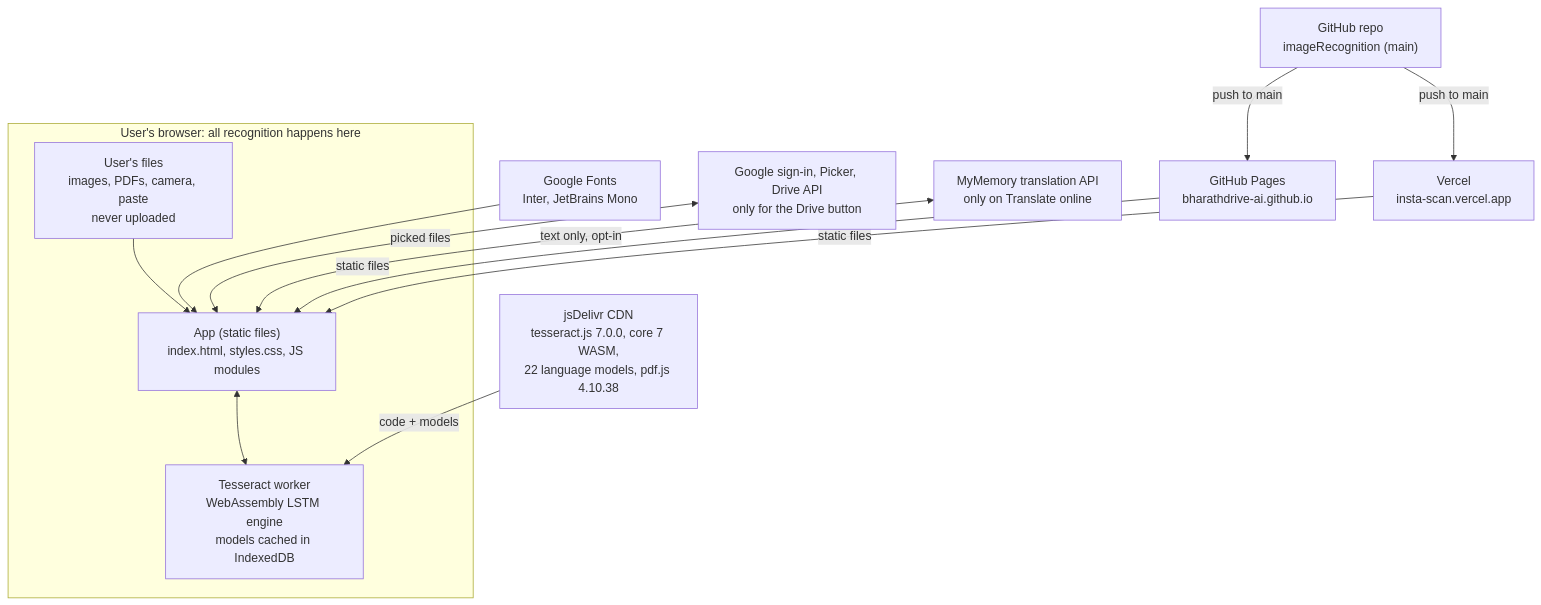
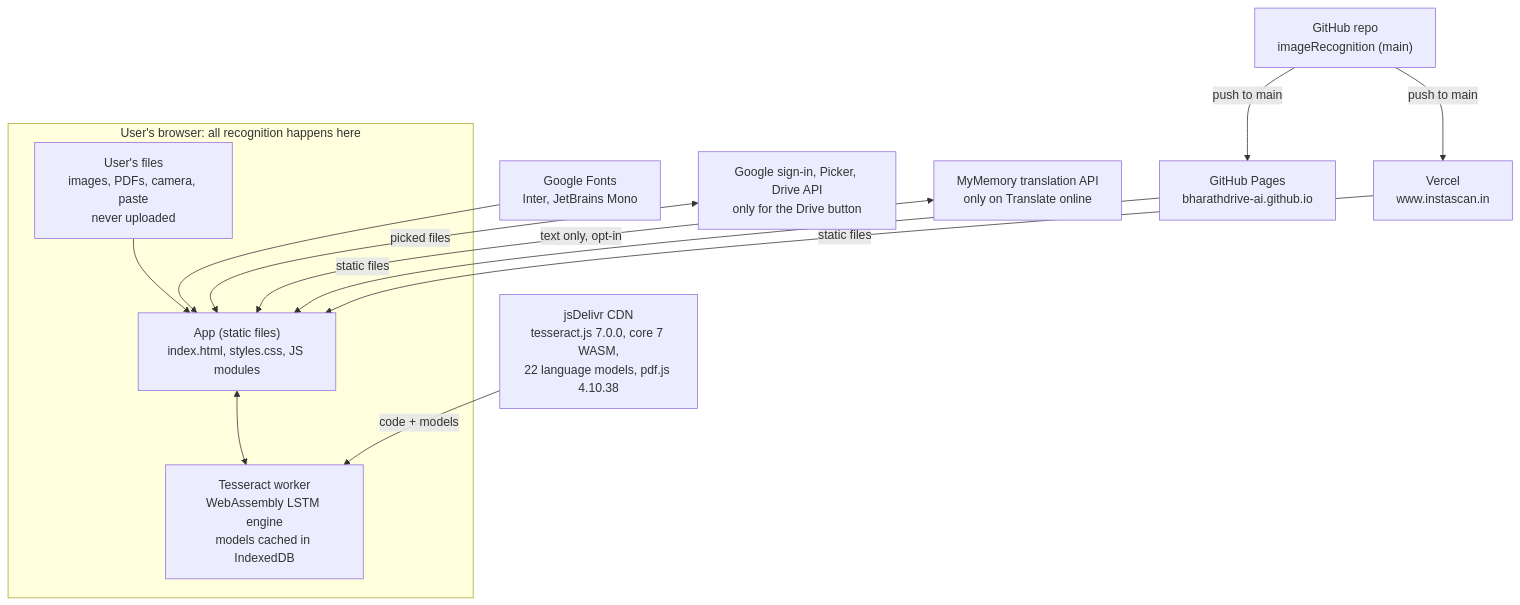
Before and after one commit to bharathdrive-ai/imageRecognition: the first of 3 diagrams in ARCHITECTURE.md, drawn with Mermaid. The commit also changed other lines of this file and 1 other file, not shown here.

Commit message:
docs: custom domain www.instascan.in (README, ARCHITECTURE)

````diff
--- a/ARCHITECTURE.md
+++ b/ARCHITECTURE.md
@@ -15,23 +15,23 @@
 ```mermaid
 flowchart TB
     repo["GitHub repo<br/>imageRecognition (main)"]
     pages["GitHub Pages<br/>bharathdrive-ai.github.io"]
-    vercel["Vercel<br/>insta-scan.vercel.app"]
+    vercel["Vercel<br/>www.instascan.in"]
     repo -- "push to main" --> pages
     repo -- "push to main" --> vercel
 
     subgraph browser["User's browser: all recognition happens here"]
         files["User's files<br/>images, PDFs, camera, paste<br/>never uploaded"]
         app["App (static files)<br/>index.html, styles.css, JS modules"]
         worker["Tesseract worker<br/>WebAssembly LSTM engine<br/>models cached in IndexedDB"]
         files --> app
         app <--> worker
     end
 
     pages -- "static files" --> app
     vercel -- "static files" --> app
     cdn["jsDelivr CDN<br/>tesseract.js 7.0.0, core 7 WASM,<br/>22 language models, pdf.js 4.10.38"] -- "code + models" --> worker
     fonts["Google Fonts<br/>Inter, JetBrains Mono"] --> app
     google["Google sign-in, Picker, Drive API<br/>only for the Drive button"] <-- "picked files" --> app
     mymemory["MyMemory translation API<br/>only on Translate online"] <-- "text only, opt-in" --> app
 ```
````
